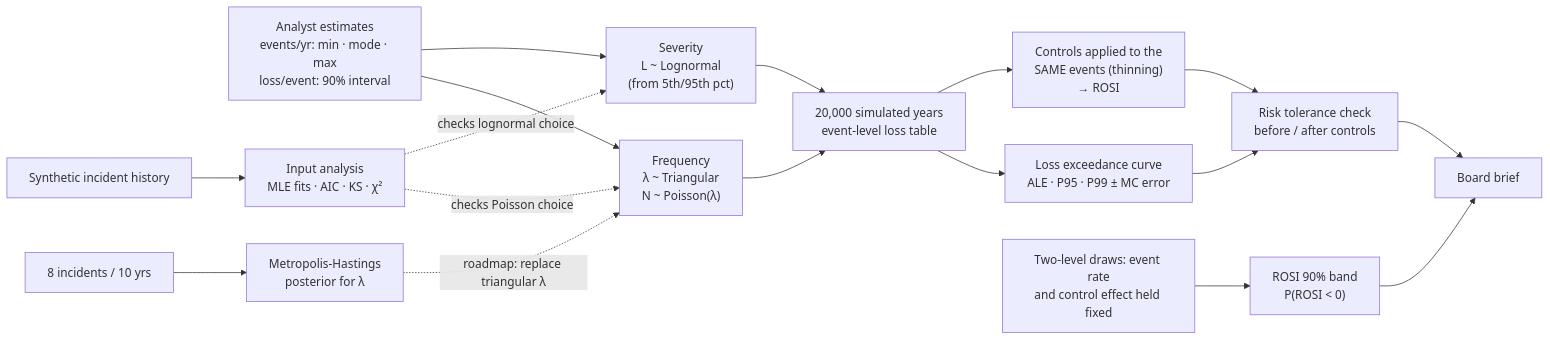
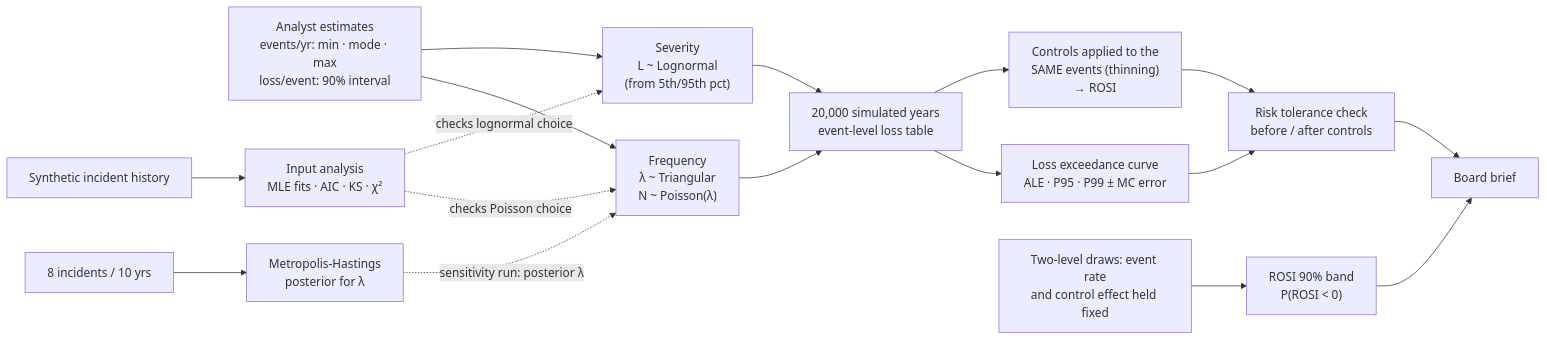
Before and after one commit to casildata/cyber-risk-monte-carlo: the diagram in README.md, drawn with Mermaid. The commit also changed other lines of this file and 18 other files, not shown here.

````diff
--- a/README.md
+++ b/README.md
@@ -41,19 +41,19 @@
 ```mermaid
 flowchart LR
     A["Analyst estimates<br/>events/yr: min · mode · max<br/>loss/event: 90% interval"] --> B["Frequency<br/>λ ~ Triangular<br/>N ~ Poisson(λ)"]
     A --> C["Severity<br/>L ~ Lognormal<br/>(from 5th/95th pct)"]
     B --> D["20,000 simulated years<br/>event-level loss table"]
     C --> D
     D --> E["Loss exceedance curve<br/>ALE · P95 · P99 ± MC error"]
     D --> G["Controls applied to the<br/>SAME events (thinning)<br/>→ ROSI"]
     U["Two-level draws: event rate<br/>and control effect held fixed"] --> R["ROSI 90% band<br/>P(ROSI < 0)"]
     E --> T["Risk tolerance check<br/>before / after controls"]
     G --> T
     T --> BB["Board brief"]
     R --> BB
     H["Synthetic incident history"] --> F["Input analysis<br/>MLE fits · AIC · KS · χ²"]
     F -.->|checks Poisson choice| B
     F -.->|checks lognormal choice| C
     P["8 incidents / 10 yrs"] --> M["Metropolis-Hastings<br/>posterior for λ"]
-    M -.->|roadmap: replace triangular λ| B
+    M -.->|sensitivity run: posterior λ| B
 ```
````
